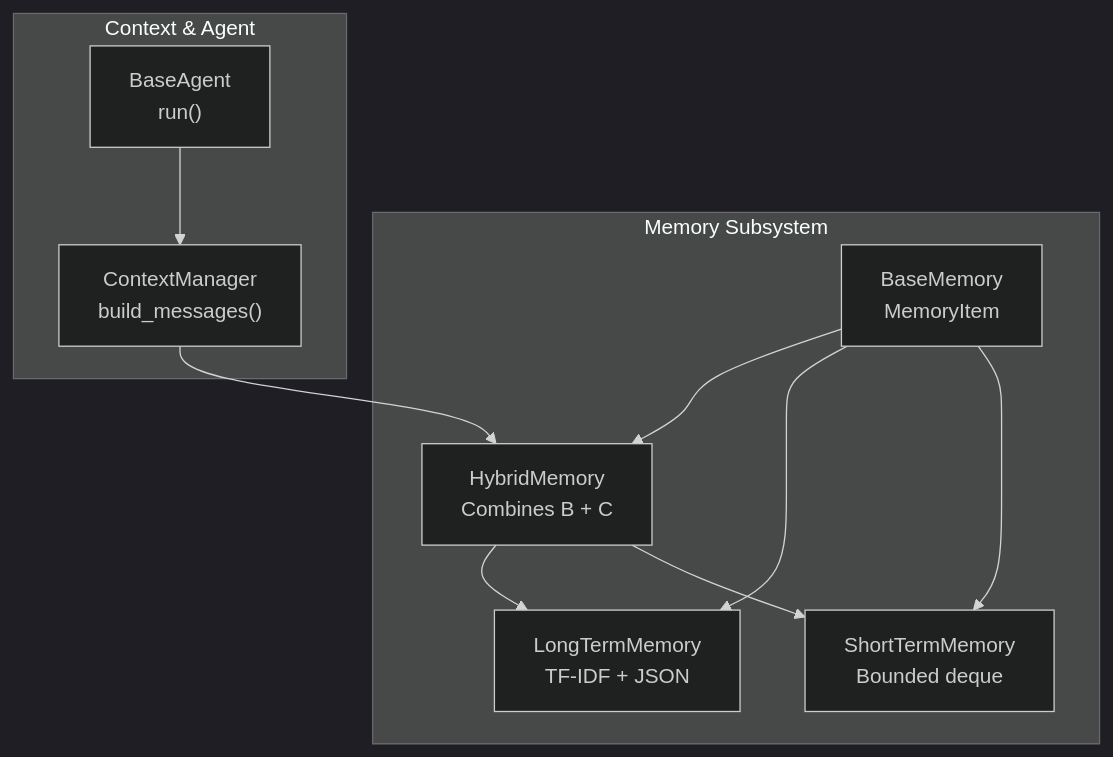
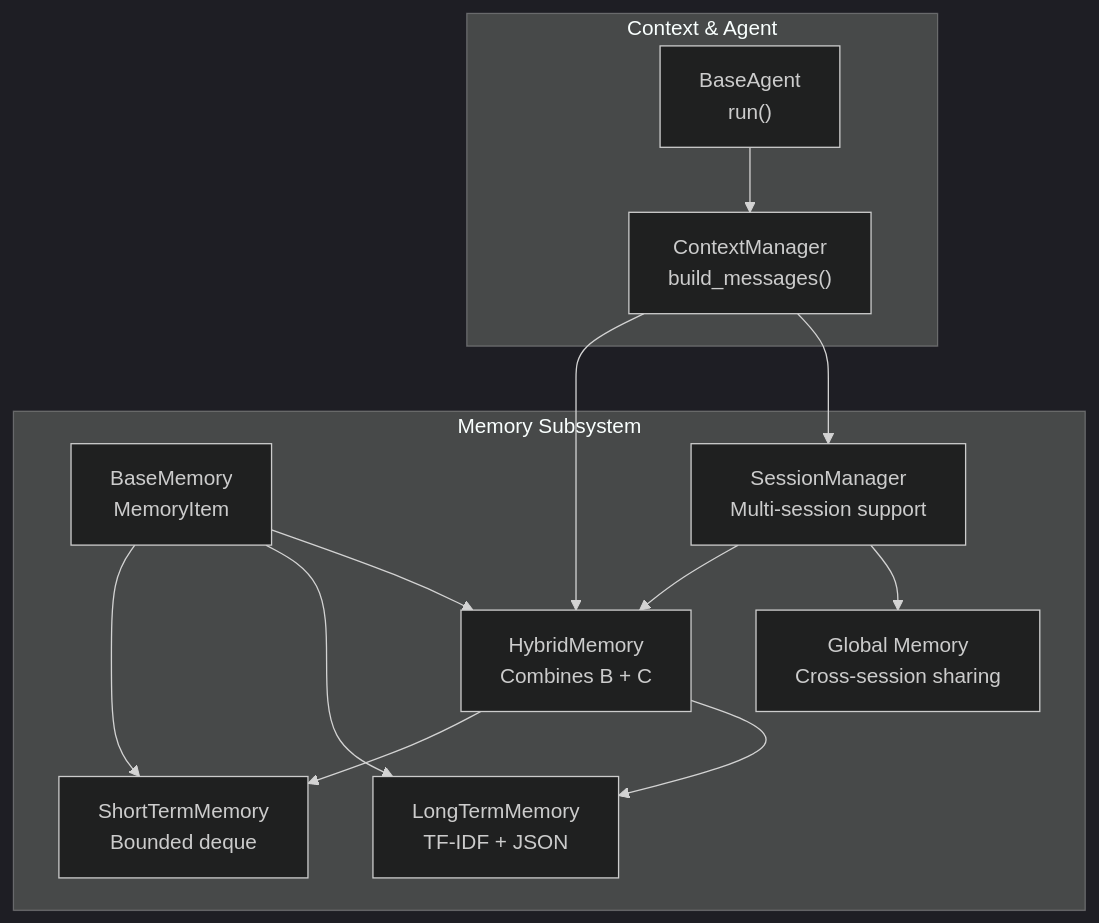
Before and after one commit to 1996Paul-Wen/HarnessAIDemo: the first of 6 diagrams in .qoder/repowiki/en/content/Memory System/Memory System.md, drawn with Mermaid (dark theme). The commit also changed other lines of this file and 4 other files, not shown here.

````diff
--- a/.qoder/repowiki/en/content/Memory System/Memory System.md
+++ b/.qoder/repowiki/en/content/Memory System/Memory System.md
@@ -42,20 +59,25 @@
 ```mermaid
 graph TB
 subgraph "Memory Subsystem"
 A["BaseMemory<br/>MemoryItem"]
 B["ShortTermMemory<br/>Bounded deque"]
 C["LongTermMemory<br/>TF-IDF + JSON"]
 D["HybridMemory<br/>Combines B + C"]
+E["SessionManager<br/>Multi-session support"]
+F["Global Memory<br/>Cross-session sharing"]
 end
 subgraph "Context & Agent"
-E["ContextManager<br/>build_messages()"]
-F["BaseAgent<br/>run()"]
+G["ContextManager<br/>build_messages()"]
+H["BaseAgent<br/>run()"]
 end
 A --> B
 A --> C
 A --> D
 D --> B
 D --> C
 E --> D
-F --> E
+E --> F
+G --> D
+G --> E
+H --> G
 ```
````
